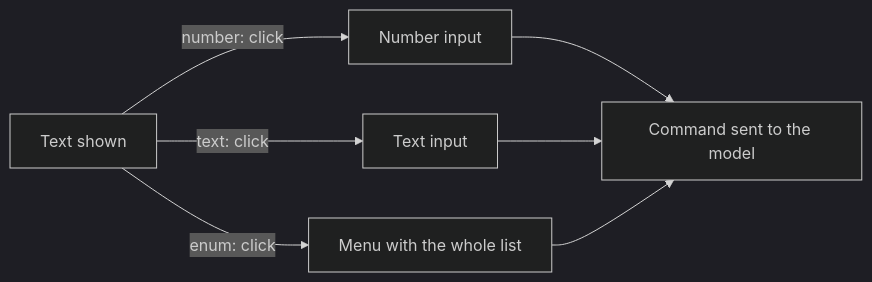
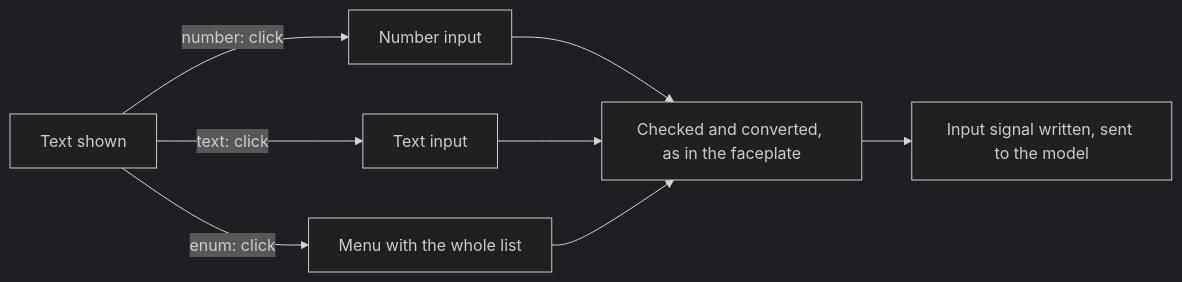
Before and after one commit to AlexandreGallais/synoptic-studio-spec: the third of 3 diagrams in symbols/08-animation-mode/README.md, drawn with Mermaid (dark theme). The commit also changed other lines of this file and 10 other files, not shown here.

````diff
--- a/symbols/08-animation-mode/README.md
+++ b/symbols/08-animation-mode/README.md
@@ -64,9 +65,10 @@
 ```mermaid
 flowchart LR
     T["Text shown"] -->|"number: click"| N["Number input"]
     T -->|"text: click"| X["Text input"]
     T -->|"enum: click"| M["Menu with the whole list"]
-    N --> C["Command sent to the model"]
-    X --> C
-    M --> C
+    N --> K["Checked and converted, as in the faceplate"]
+    X --> K
+    M --> K
+    K --> S["Input signal written, sent to the model"]
 ```
````
